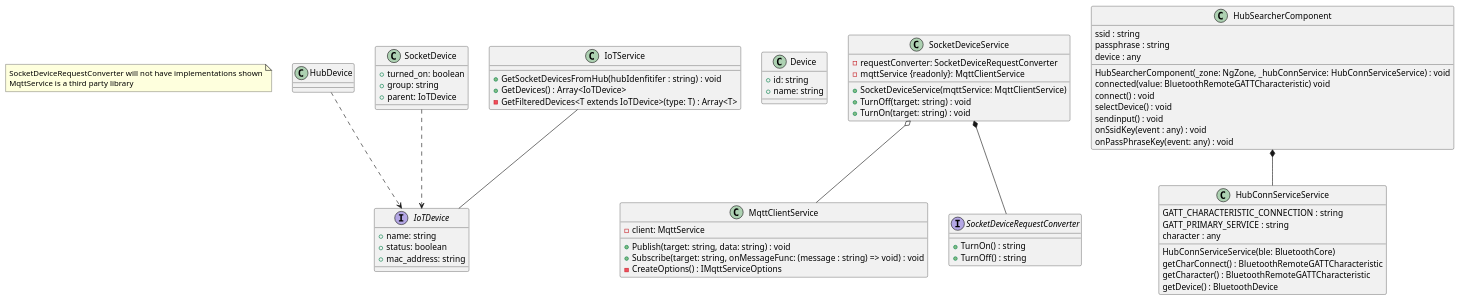
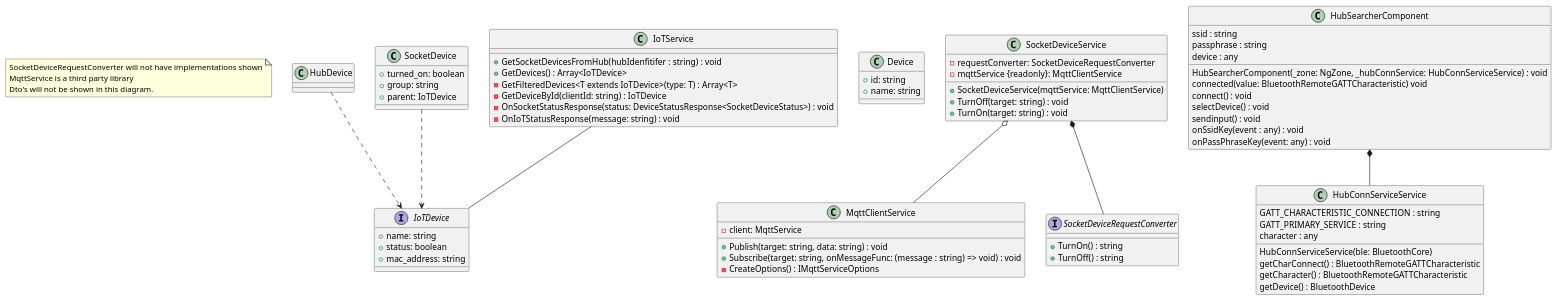
The diagram in docs/class diagrams/xPowerWebKlient.plantuml (Casp7654/XPower), drawn with PlantUML before and after one commit. The commit also changed 16 other files, not shown here.

```diff
--- a/docs/class diagrams/xPowerWebKlient.plantuml
+++ b/docs/class diagrams/xPowerWebKlient.plantuml
@@ -1,85 +1,88 @@
 @startuml Webclient
 
-note "SocketDeviceRequestConverter will not have implementations shown\nMqttService is a third party library" as n1
+note "SocketDeviceRequestConverter will not have implementations shown\nMqttService is a third party library\nDto's will not be shown in this diagram." as n1
 
 interface IoTDevice {
     +name: string
     +status: boolean
     +mac_address: string
 }
 
 class Device {
     +id: string
     +name: string
 }
 
 class HubDevice {
 }
 
 class SocketDevice {
     +turned_on: boolean
     +group: string
     +parent: IoTDevice
 }
 
 class IoTService {
     +GetSocketDevicesFromHub(hubIdenfitifer : string) : void
     +GetDevices() : Array<IoTDevice>
     -GetFilteredDevices<T extends IoTDevice>(type: T) : Array<T>
+    -GetDeviceById(clientId: string) : IoTDevice
+    -OnSocketStatusResponse(status: DeviceStatusResponse<SocketDeviceStatus>) : void
+    -OnIoTStatusResponse(message: string) : void
 }
 
 class MqttClientService {
   -client: MqttService
 
   +Publish(target: string, data: string) : void
   +Subscribe(target: string, onMessageFunc: (message : string) => void) : void
   -CreateOptions() : IMqttServiceOptions
 }
 
 class SocketDeviceService {
   -requestConverter: SocketDeviceRequestConverter
   -mqttService {readonly}: MqttClientService
 
   +SocketDeviceService(mqttService: MqttClientService) 
   +TurnOff(target: string) : void
   +TurnOn(target: string) : void
 }
 
 interface SocketDeviceRequestConverter {
     +TurnOn() : string
     +TurnOff() : string
 }
 
 class HubSearcherComponent{
     ssid : string
     passphrase : string
     device : any
 
     HubSearcherComponent(_zone: NgZone, _hubConnService: HubConnServiceService) : void
     connected(value: BluetoothRemoteGATTCharacteristic) void
     connect() : void
     selectDevice() : void
     sendinput() : void
     onSsidKey(event : any) : void
     onPassPhraseKey(event: any) : void
 }
 
 class HubConnServiceService{
     GATT_CHARACTERISTIC_CONNECTION : string
     GATT_PRIMARY_SERVICE : string
     character : any
 
     HubConnServiceService(ble: BluetoothCore)
     getCharConnect() : BluetoothRemoteGATTCharacteristic
     getCharacter() : BluetoothRemoteGATTCharacteristic
     getDevice() : BluetoothDevice
 }
 
 HubDevice ..> IoTDevice
 SocketDevice ..> IoTDevice
 SocketDeviceService *-- SocketDeviceRequestConverter
 SocketDeviceService o-- MqttClientService
 IoTService -- IoTDevice
 HubSearcherComponent *-- HubConnServiceService
 
 @enduml
```
